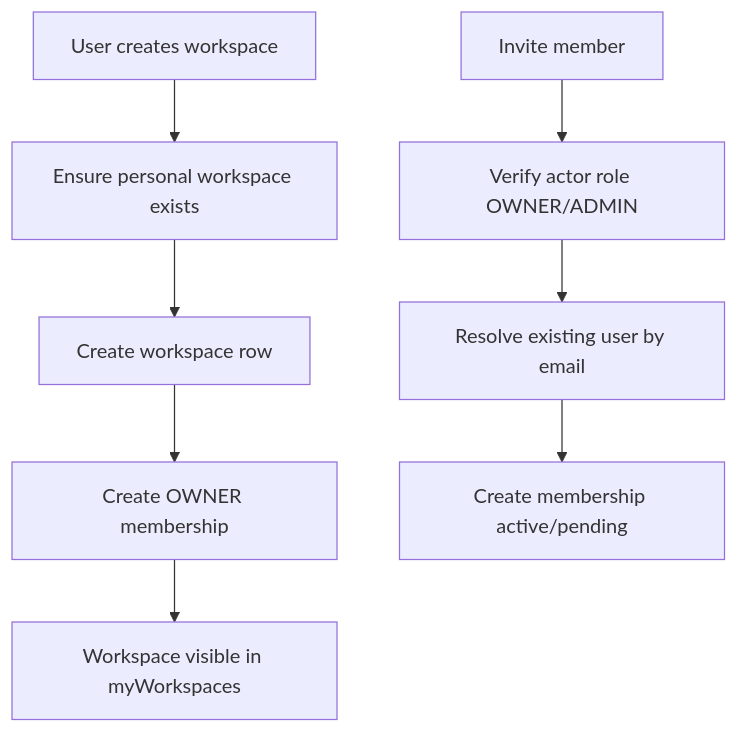
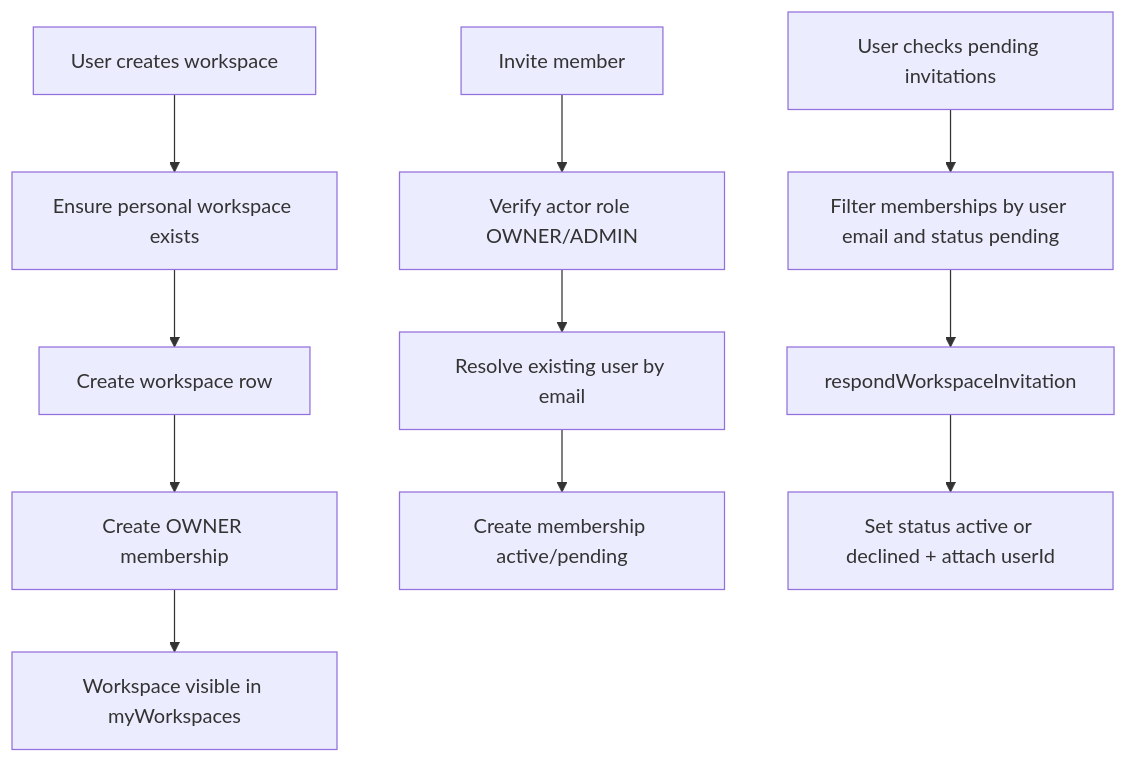
Before and after one commit to AmanVatsSharma/MailZen-Smart-Email-Management: the diagram in apps/backend/src/workspace/README.md, drawn with Mermaid. The commit also changed other lines of this file and 7 other files, not shown here.

Commit message:
Add workspace invitation acceptance and pending inbox APIs

````diff
--- a/apps/backend/src/workspace/README.md
+++ b/apps/backend/src/workspace/README.md
@@ -35,11 +38,15 @@
 ```mermaid
 flowchart TD
   A[User creates workspace] --> B[Ensure personal workspace exists]
   B --> C[Create workspace row]
   C --> D[Create OWNER membership]
   D --> E[Workspace visible in myWorkspaces]
 
   F[Invite member] --> G[Verify actor role OWNER/ADMIN]
   G --> H[Resolve existing user by email]
   H --> I[Create membership active/pending]
+
+  J[User checks pending invitations] --> K[Filter memberships by user email and status pending]
+  K --> L[respondWorkspaceInvitation]
+  L --> M[Set status active or declined + attach userId]
 ```
````
